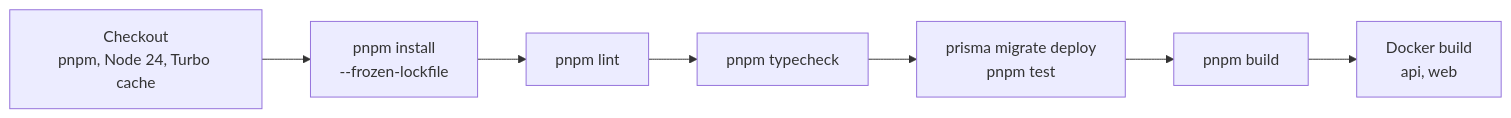
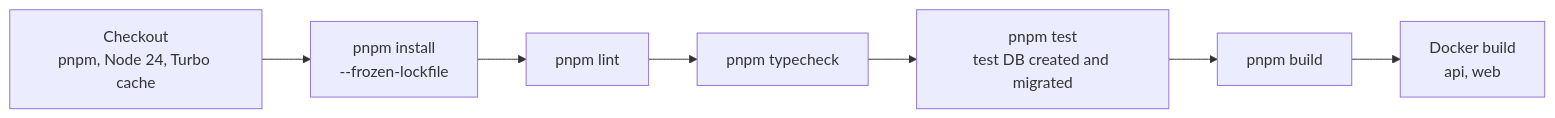
The diagram in docs/architecture/11-testing-and-ci.md (Aur316/ai-post-recipe), drawn with Mermaid before and after one commit. The commit also changed other lines of this file and 6 other files, not shown here.

````diff
--- a/docs/architecture/11-testing-and-ci.md
+++ b/docs/architecture/11-testing-and-ci.md
@@ -25,9 +29,9 @@
 ```mermaid
 flowchart LR
   a[Checkout<br/>pnpm, Node 24, Turbo cache] --> b[pnpm install<br/>--frozen-lockfile]
   b --> c[pnpm lint]
   c --> d[pnpm typecheck]
-  d --> e[prisma migrate deploy<br/>pnpm test]
+  d --> e[pnpm test<br/>test DB created and migrated]
   e --> f[pnpm build]
   f --> g[Docker build<br/>api, web]
 ```
````
